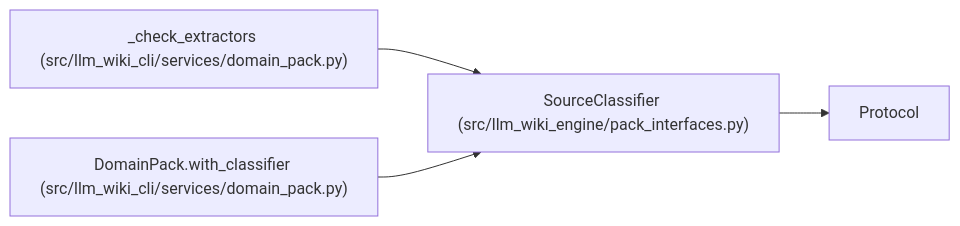
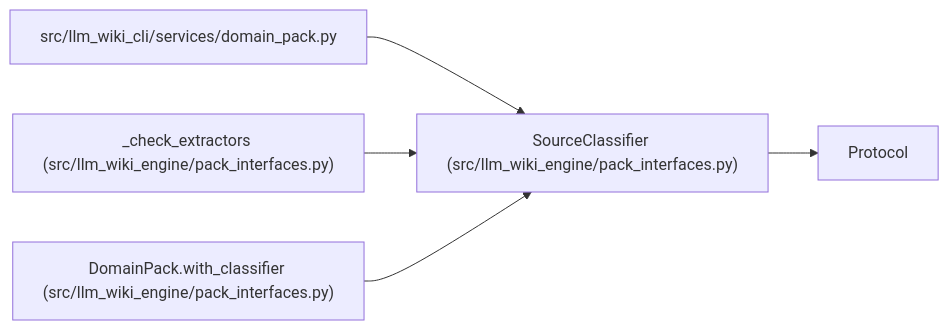
The diagram in docs/llm_wiki/entities/SourceClassifier.md (Denissvgn/python-wiki-llm), drawn with Mermaid before and after one commit. The commit also changed other lines of this file and 719 other files, not shown here.

Commit message:
docs: refresh the wiki for the engine's own use cases

````diff
--- a/docs/llm_wiki/entities/SourceClassifier.md
+++ b/docs/llm_wiki/entities/SourceClassifier.md
@@ -29,13 +29,16 @@
 ```mermaid
 flowchart LR
     n0["SourceClassifier (src/llm_wiki_engine/pack_interfaces.py)"]
     n1["Protocol"]
-    n2["_check_extractors (src/llm_wiki_cli/services/domain_pack.py)"]
-    n3["DomainPack.with_classifier (src/llm_wiki_cli/services/domain_pack.py)"]
+    n2["src/llm_wiki_cli/services/domain_pack.py"]
+    n3["_check_extractors (src/llm_wiki_engine/pack_interfaces.py)"]
+    n4["DomainPack.with_classifier (src/llm_wiki_engine/pack_interfaces.py)"]
     n0 --> n1
     n2 --> n0
     n3 --> n0
+    n4 --> n0
     click n0 "../modules/pack_interfaces.md"
     click n2 "../modules/domain_pack.md"
-    click n3 "../modules/domain_pack.md"
+    click n3 "../modules/pack_interfaces.md"
+    click n4 "../modules/pack_interfaces.md"
 ```
````
